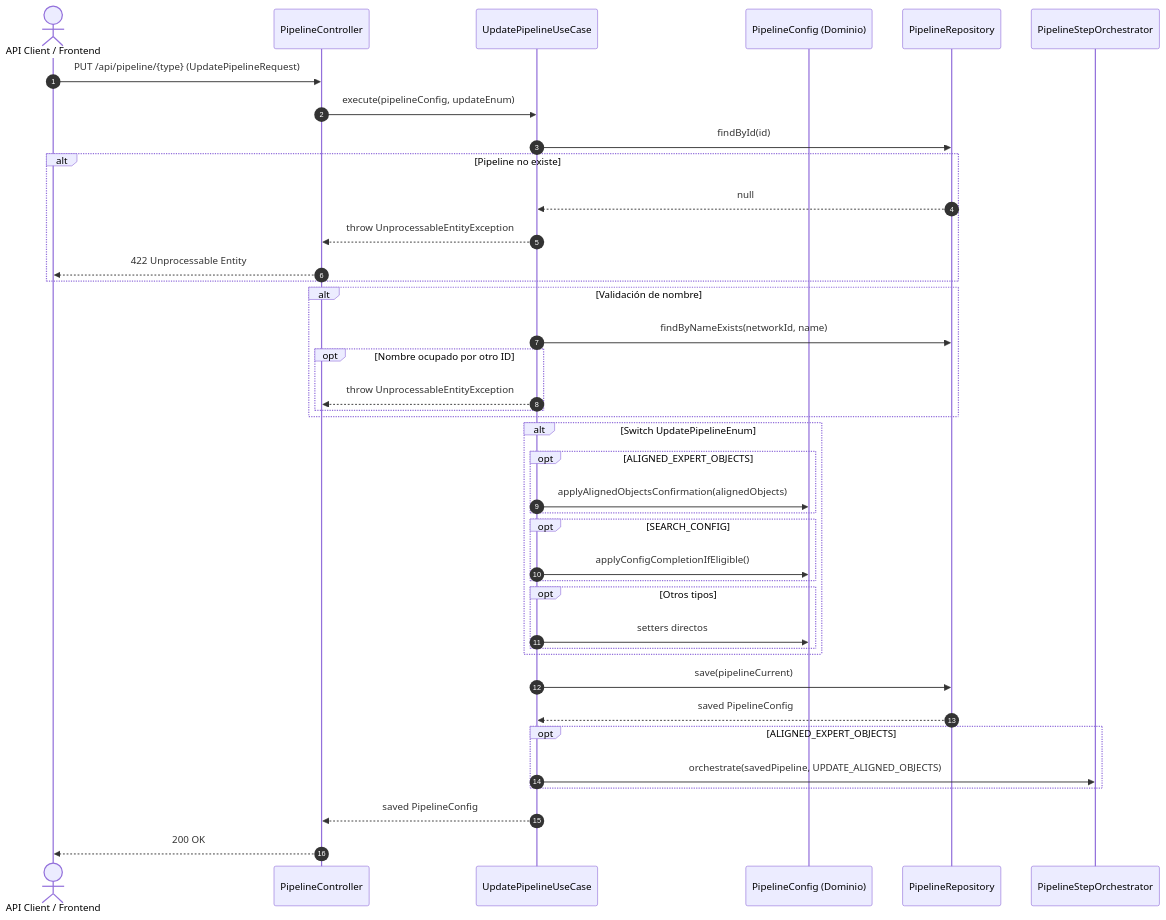
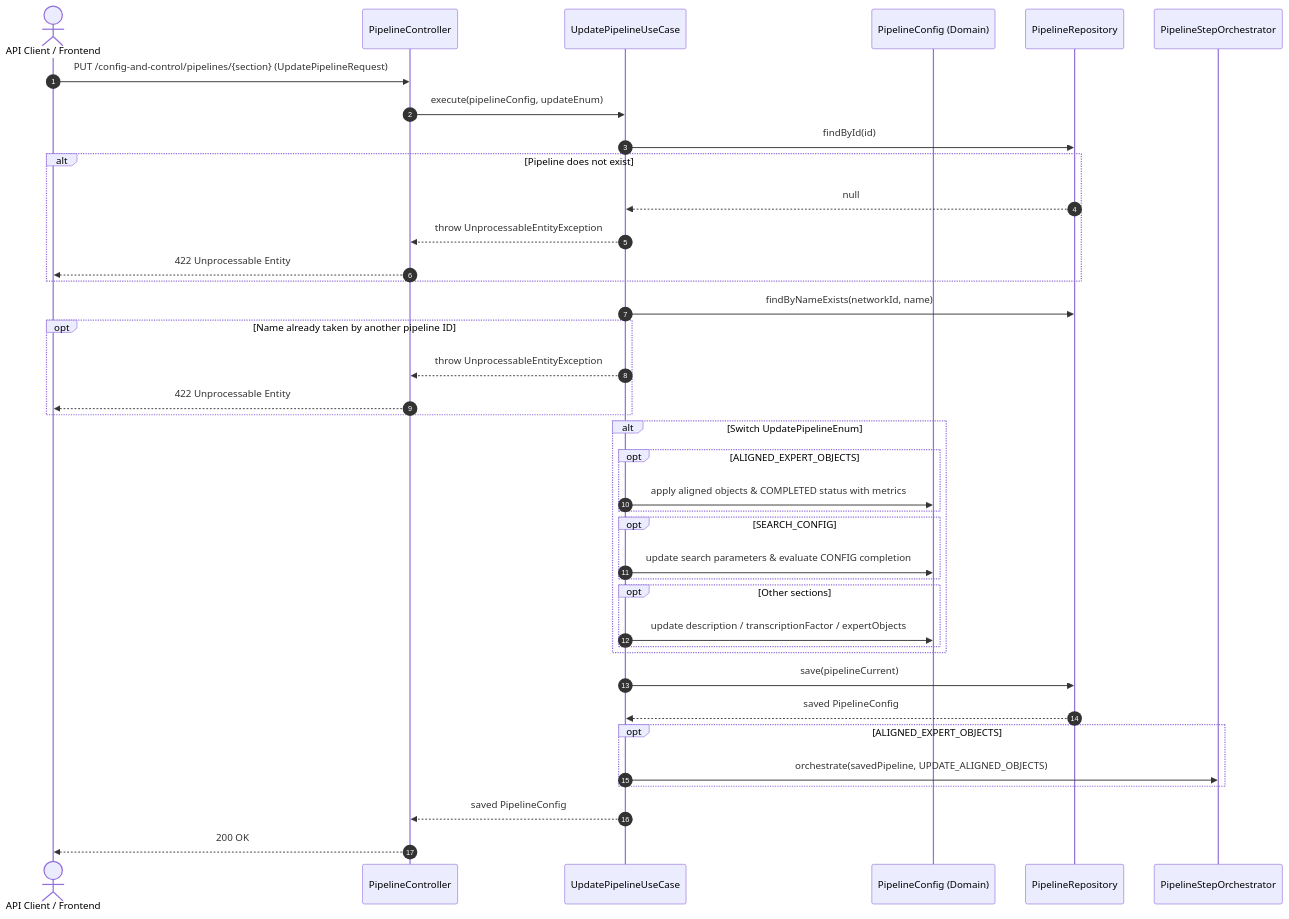
One commit to Biopatternsg-ms/config-and-control changed the diagram in .agents/use_cases/UpdatePipelineUseCase.md. Above: the diagram before and after it, drawn with Mermaid. The commit also changed other lines of this file and 16 other files, not shown here.

````diff
--- a/.agents/use_cases/UpdatePipelineUseCase.md
+++ b/.agents/use_cases/UpdatePipelineUseCase.md
@@ -37,43 +37,42 @@
 ```mermaid
 sequenceDiagram
     autonumber
-    actor Cliente as API Client / Frontend
+    actor Client as API Client / Frontend
     participant Controller as PipelineController
     participant UseCase as UpdatePipelineUseCase
-    participant Model as PipelineConfig (Dominio)
+    participant Model as PipelineConfig (Domain)
     participant Repo as PipelineRepository
     participant Orchestrator as PipelineStepOrchestrator
 
-    Cliente->>Controller: PUT /api/pipeline/{type} (UpdatePipelineRequest)
+    Client->>Controller: PUT /config-and-control/pipelines/{section} (UpdatePipelineRequest)
     Controller->>UseCase: execute(pipelineConfig, updateEnum)
     UseCase->>Repo: findById(id)
-    alt Pipeline no existe
+    alt Pipeline does not exist
         Repo-->>UseCase: null
         UseCase-->>Controller: throw UnprocessableEntityException
-        Controller-->>Cliente: 422 Unprocessable Entity
+        Controller-->>Client: 422 Unprocessable Entity
     end
-    alt Validación de nombre
-        UseCase->>Repo: findByNameExists(networkId, name)
-        opt Nombre ocupado por otro ID
-            UseCase-->>Controller: throw UnprocessableEntityException
-        end
+    UseCase->>Repo: findByNameExists(networkId, name)
+    opt Name already taken by another pipeline ID
+        UseCase-->>Controller: throw UnprocessableEntityException
+        Controller-->>Client: 422 Unprocessable Entity
     end
     alt Switch UpdatePipelineEnum
         opt ALIGNED_EXPERT_OBJECTS
-            UseCase->>Model: applyAlignedObjectsConfirmation(alignedObjects)
+            UseCase->>Model: apply aligned objects & COMPLETED status with metrics
         end
         opt SEARCH_CONFIG
-            UseCase->>Model: applyConfigCompletionIfEligible()
+            UseCase->>Model: update search parameters & evaluate CONFIG completion
         end
-        opt Otros tipos
-            UseCase->>Model: setters directos
+        opt Other sections
+            UseCase->>Model: update description / transcriptionFactor / expertObjects
         end
     end
     UseCase->>Repo: save(pipelineCurrent)
     Repo-->>UseCase: saved PipelineConfig
     opt ALIGNED_EXPERT_OBJECTS
         UseCase->>Orchestrator: orchestrate(savedPipeline, UPDATE_ALIGNED_OBJECTS)
     end
     UseCase-->>Controller: saved PipelineConfig
-    Controller-->>Cliente: 200 OK
+    Controller-->>Client: 200 OK
 ```
````
